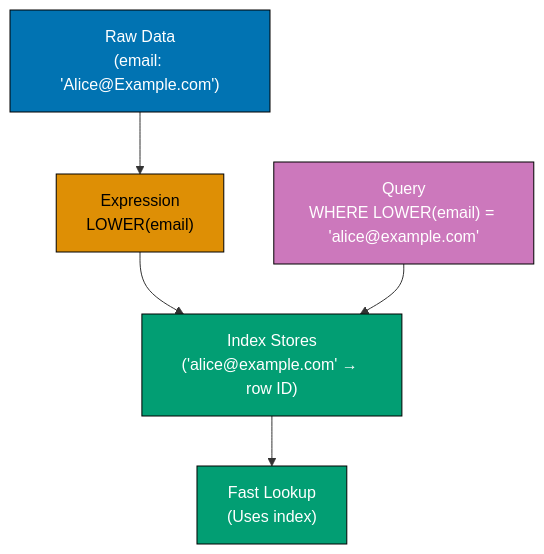
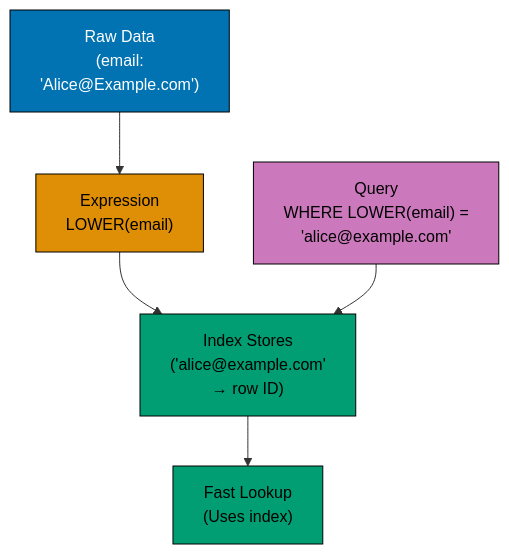
The third of 10 diagrams in apps/ayokoding-www/content/en/learn/legacy/software-engineering/data/databases/postgresql/by-example/advanced.md (wahidyankf/ose-public), drawn with Mermaid before and after one commit. The commit also changed other lines of this file and 131 other files, not shown here.

First line of the commit message:
fix(mermaid): bring the legacy data, infrastructure, and testing diagrams onto the accessible palette

````diff
--- a/apps/ayokoding-www/content/en/learn/legacy/software-engineering/data/databases/postgresql/by-example/advanced.md
+++ b/apps/ayokoding-www/content/en/learn/legacy/software-engineering/data/databases/postgresql/by-example/advanced.md
@@ -367,20 +382,27 @@
 ```mermaid
 %% Color Palette: Blue #0173B2, Orange #DE8F05, Teal #029E73, Purple #CC78BC, Brown #CA9161
 graph TD
-    A["Raw Data<br/>(email: 'Alice@Example.com')"]
+    accTitle: Example 63: Expression Indexes
+    accDescr: Graph with 5 nodes and 4 connections. Nodes: Raw Data (email: Alice@Example.com), Expression LOWER(email), Index Stores (alice@example.com → row ID), Query WHERE LOWER(email) = alice@example.com, Fast Lookup (Uses index). Connections: Raw Data (email: Alice@Example.com) to Expression LOWER(email), Expression LOWER(email) to Index Stores (alice@example.com → row ID), Query WHERE LOWER(email) = alice@example.com to Index Stores (alice@example.com → row ID), Index Stores (alice@example.com → row ID) to Fast Lookup (Uses index).
+    A["Raw Data<br/>(email:<br/>'Alice@Example.com')"]
     B["Expression<br/>LOWER(email)"]
-    C["Index Stores<br/>('alice@example.com' → row ID)"]
-    D["Query<br/>WHERE LOWER(email) = 'alice@example.com'"]
+    C["Index Stores<br/>('alice@example.com'<br/>→ row ID)"]
+    D["Query<br/>WHERE LOWER(email) =<br/>'alice@example.com'"]
     E["Fast Lookup<br/>(Uses index)"]
 
     A --> B
     B --> C
     D --> C
     C --> E
 
-    style A fill:#0173B2,stroke:#000,color:#fff
-    style B fill:#DE8F05,stroke:#000,color:#000
-    style C fill:#029E73,stroke:#000,color:#fff
-    style D fill:#CC78BC,stroke:#000,color:#fff
-    style E fill:#029E73,stroke:#000,color:#fff
+    classDef pal-0173B2 fill:#0173B2,stroke:#000000,color:#FFFFFF
+    class A pal-0173B2
+    classDef pal-DE8F05 fill:#DE8F05,stroke:#000000,color:#000000
+    class B pal-DE8F05
+    classDef pal-029E73 fill:#029E73,stroke:#000000,color:#000000
+    class C pal-029E73
+    classDef pal-CC78BC fill:#CC78BC,stroke:#000000,color:#000000
+    class D pal-CC78BC
+    class E pal-029E73
+    classDef default fill:#FFFFFF,stroke:#000000,color:#000000
 ```
````
